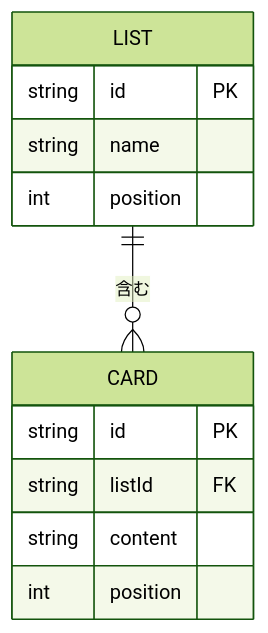
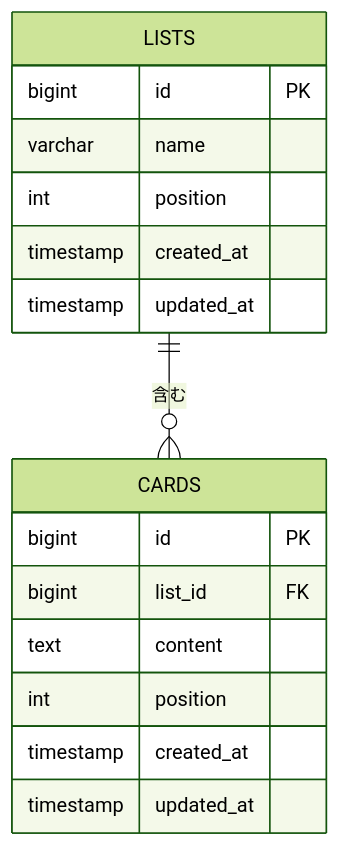
The diagram in docs/er-diagram.md (shijirou/shin-app-ToDo-2), drawn with Mermaid (forest theme) before and after one commit. The commit also changed other lines of this file and 1 other file, not shown here.

````diff
--- a/docs/er-diagram.md
+++ b/docs/er-diagram.md
@@ -9,15 +9,19 @@
 ```mermaid
 erDiagram
-    LIST ||--o{ CARD : "含む"
-    LIST {
-        string id PK
-        string name
+    LISTS ||--o{ CARDS : "含む"
+    LISTS {
+        bigint id PK
+        varchar name
         int position
+        timestamp created_at
+        timestamp updated_at
     }
-    CARD {
-        string id PK
-        string listId FK
-        string content
+    CARDS {
+        bigint id PK
+        bigint list_id FK
+        text content
         int position
+        timestamp created_at
+        timestamp updated_at
     }
 ```
````
